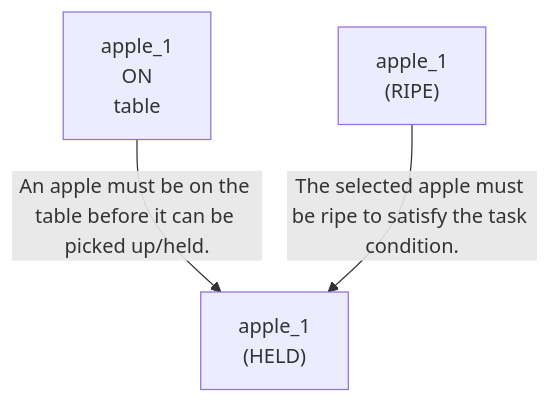
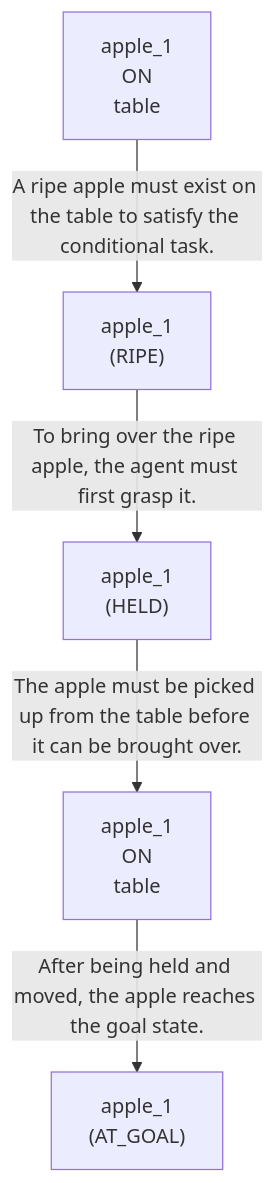
One commit to scuama/virtualhome changed the first of 3 diagrams in evaluation/results/table3/robostate/runs/without_memory_structure/M2_08/run_T3_without_memory_structure_M2_08.md. Above: the diagram before and after it, drawn with Mermaid. The commit also changed other lines of this file and 507 other files, not shown here.

````diff
--- a/evaluation/results/table3/robostate/runs/without_memory_structure/M2_08/run_T3_without_memory_structure_M2_08.md
+++ b/evaluation/results/table3/robostate/runs/without_memory_structure/M2_08/run_T3_without_memory_structure_M2_08.md
@@ -72,8 +72,12 @@
 ```mermaid
 graph TD
-    N1["apple_1<br>(HELD)"]
-    N2["apple_1<br>ON<br>table"]
-    N3["apple_1<br>(RIPE)"]
-    N2 -->|"An apple must be on the table before it can be picked up/held."| N1
-    N3 -->|"The selected apple must be ripe to satisfy the task condition."| N1
+    N1["apple_1<br>ON<br>table"]
+    N2["apple_1<br>(RIPE)"]
+    N3["apple_1<br>(HELD)"]
+    N4["apple_1<br>ON<br>table"]
+    N5["apple_1<br>(AT_GOAL)"]
+    N1 -->|"A ripe apple must exist on the table to satisfy the conditional task."| N2
+    N2 -->|"To bring over the ripe apple, the agent must first grasp it."| N3
+    N3 -->|"The apple must be picked up from the table before it can be brought over."| N4
+    N4 -->|"After being held and moved, the apple reaches the goal state."| N5
 ```
````
